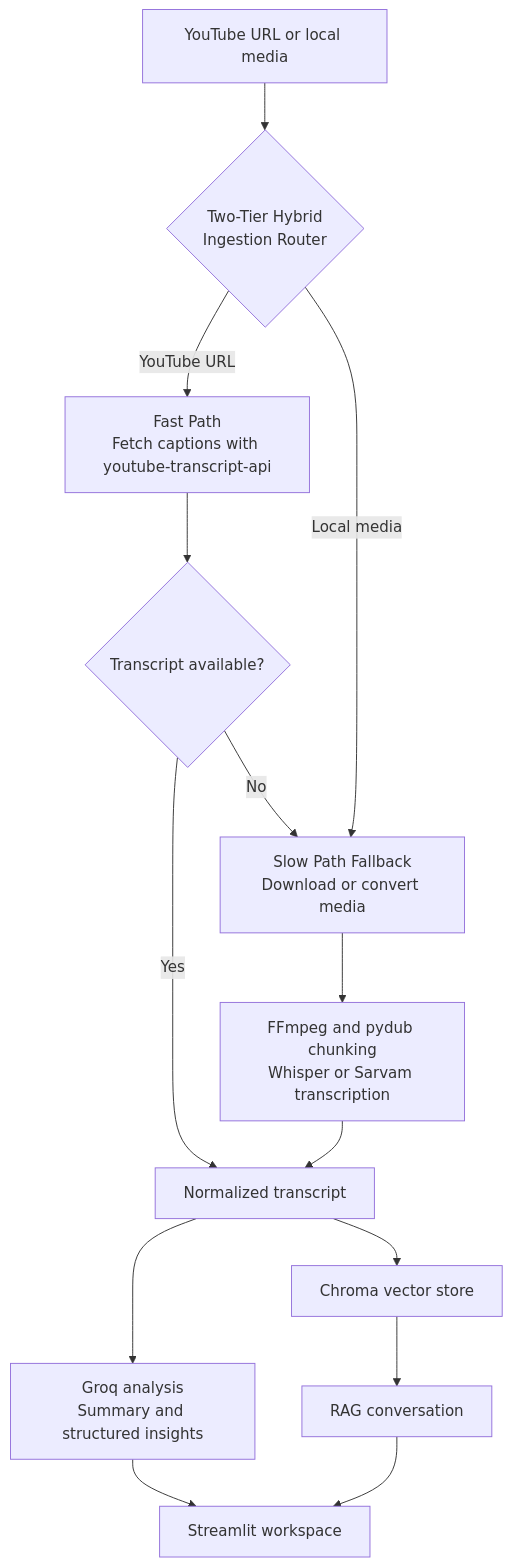
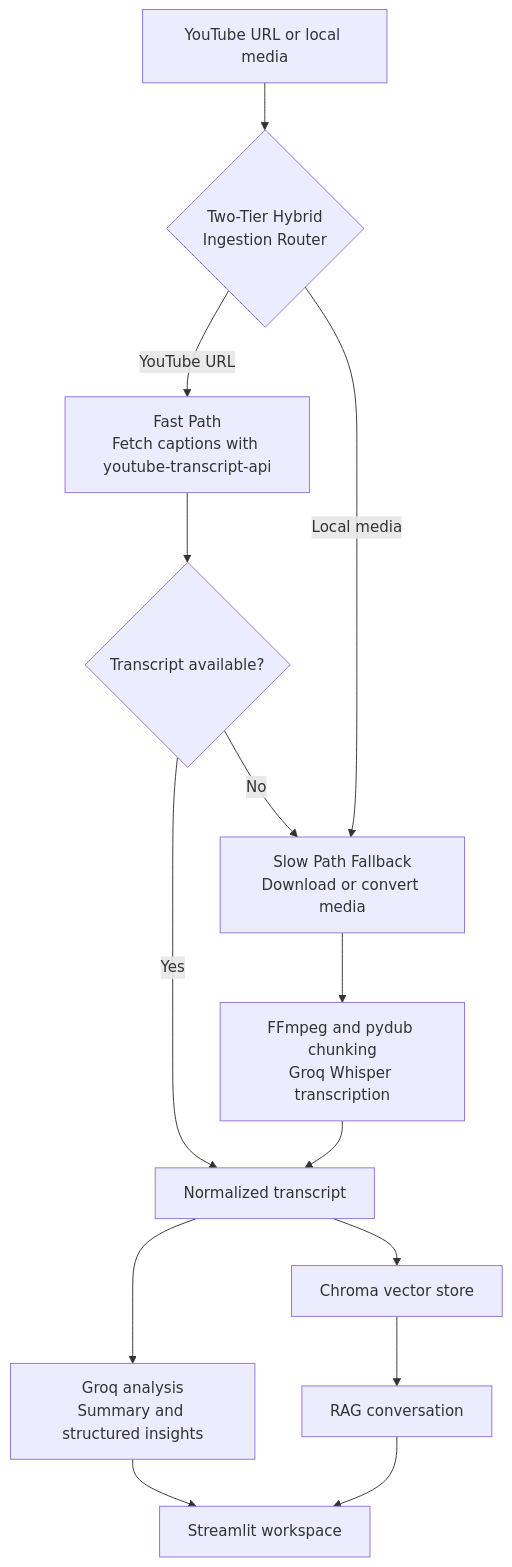
Before and after one commit to veerpast/videosage-rag-assistant: the second of 2 diagrams in README.md, drawn with Mermaid. The commit also changed other lines of this file and 12 other files, not shown here.

````diff
--- a/README.md
+++ b/README.md
@@ -67,19 +66,19 @@
 ```mermaid
 flowchart TD
     A[YouTube URL or local media] --> B{Two-Tier Hybrid<br/>Ingestion Router}
 
     B -->|YouTube URL| C[Fast Path<br/>Fetch captions with youtube-transcript-api]
     C --> D{Transcript available?}
     D -->|Yes| G[Normalized transcript]
     D -->|No| E
 
     B -->|Local media| E[Slow Path Fallback<br/>Download or convert media]
-    E --> F[FFmpeg and pydub chunking<br/>Whisper or Sarvam transcription]
+    E --> F[FFmpeg and pydub chunking<br/>Groq Whisper transcription]
     F --> G
 
     G --> H[Groq analysis<br/>Summary and structured insights]
     G --> I[Chroma vector store]
     I --> J[RAG conversation]
     H --> K[Streamlit workspace]
     J --> K
 ```
````
